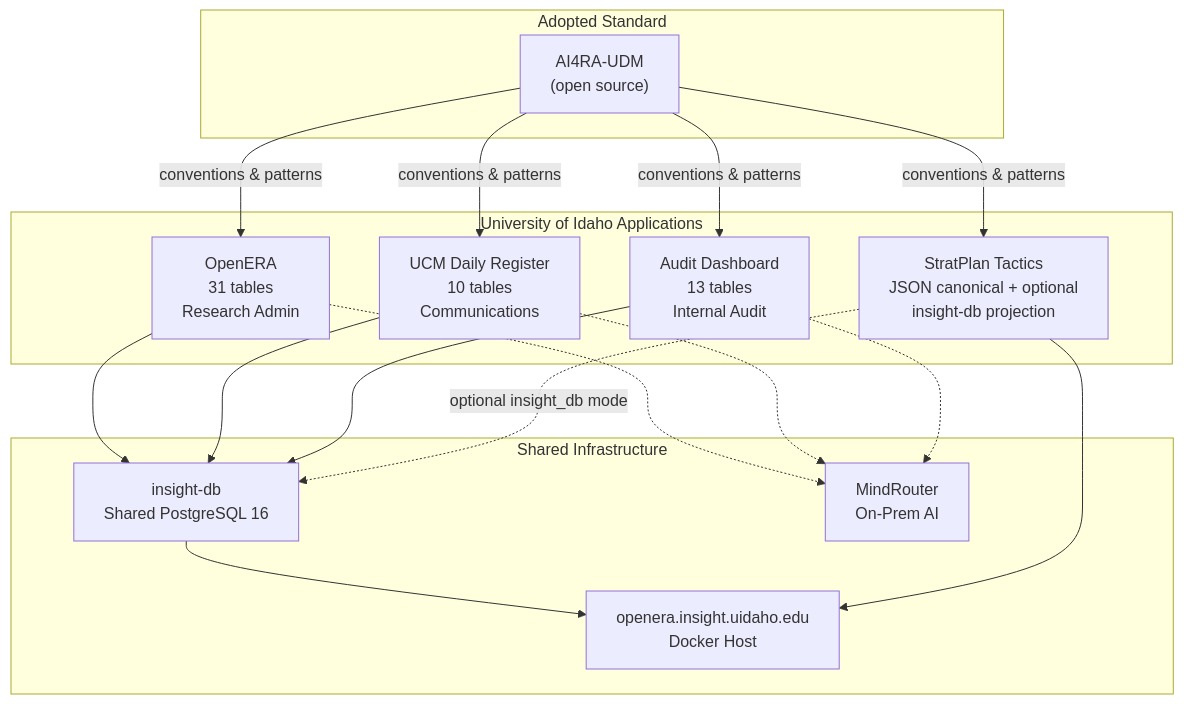
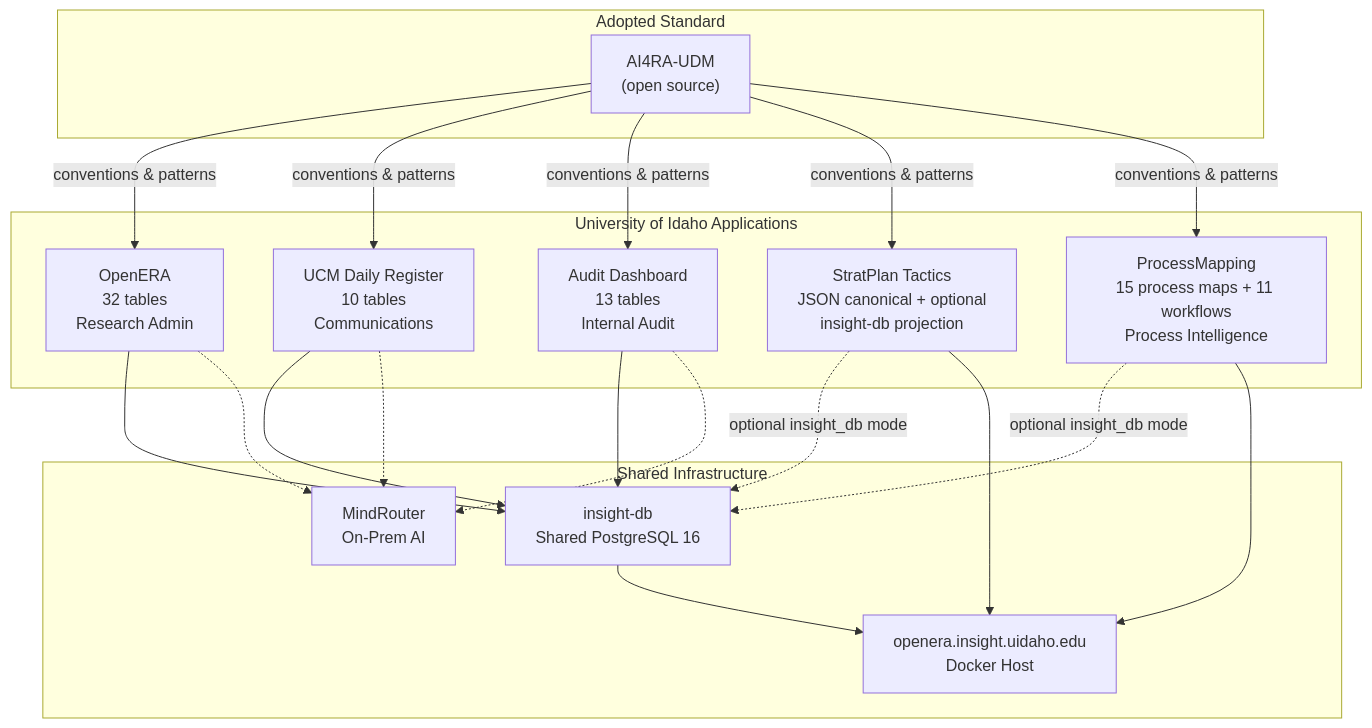
Before and after one commit to ui-insight/data-governance: the diagram in docs/index.md, drawn with Mermaid. The commit also changed other lines of this file and 21 other files, not shown here.

````diff
--- a/docs/index.md
+++ b/docs/index.md
@@ -35,35 +36,39 @@
 ```mermaid
 graph TB
     subgraph standard["Adopted Standard"]
         UDM["AI4RA-UDM<br/>(open source)"]
     end
 
     subgraph institutional["University of Idaho Applications"]
-        OE["OpenERA<br/>31 tables<br/>Research Admin"]
+        OE["OpenERA<br/>32 tables<br/>Research Admin"]
         UCM["UCM Daily Register<br/>10 tables<br/>Communications"]
         AD["Audit Dashboard<br/>13 tables<br/>Internal Audit"]
         SP["StratPlan Tactics<br/>JSON canonical + optional<br/>insight-db projection"]
+        PM["ProcessMapping<br/>15 process maps + 11 workflows<br/>Process Intelligence"]
     end
 
     subgraph shared["Shared Infrastructure"]
         DB["insight-db<br/>Shared PostgreSQL 16"]
         MR["MindRouter<br/>On-Prem AI"]
         SRV["openera.insight.uidaho.edu<br/>Docker Host"]
     end
 
     UDM -->|conventions & patterns| OE
     UDM -->|conventions & patterns| UCM
     UDM -->|conventions & patterns| AD
     UDM -->|conventions & patterns| SP
+    UDM -->|conventions & patterns| PM
 
     OE --> DB
     UCM --> DB
     AD --> DB
     SP -. optional insight_db mode .-> DB
+    PM -. optional insight_db mode .-> DB
     DB --> SRV
     SP --> SRV
+    PM --> SRV
 
     OE -.-> MR
     UCM -.-> MR
     AD -.-> MR
 ```
````
